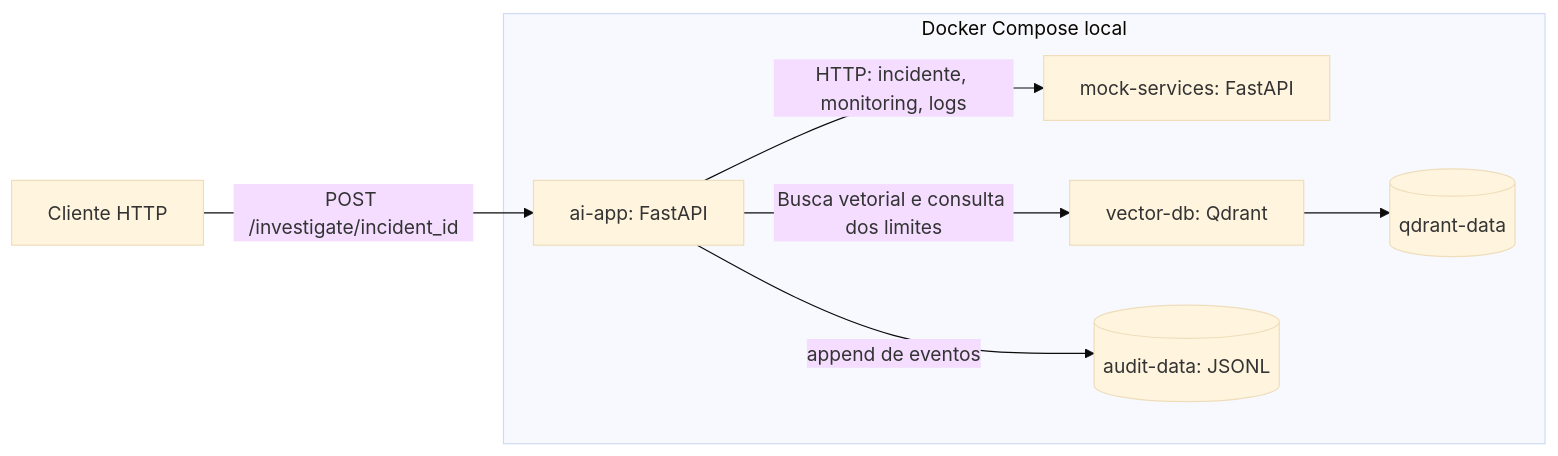
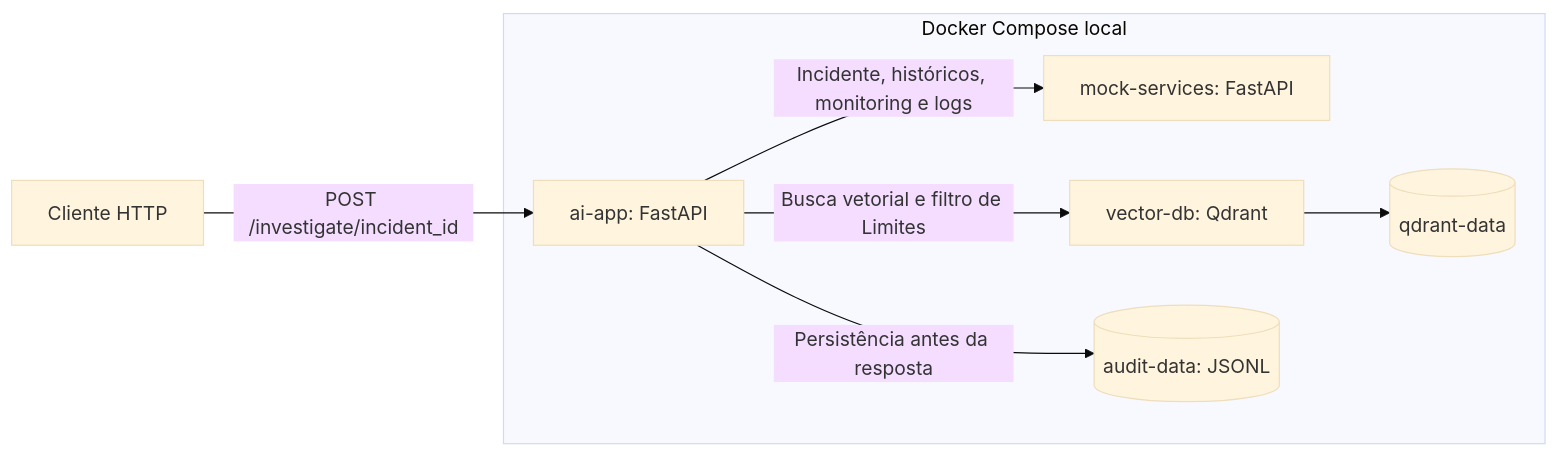
One commit to renatodanielbrito77/ai-incident-operations-assistant changed the first of 4 diagrams in docs/architecture.md. Above: the diagram before and after it, drawn with Mermaid (base theme). The commit also changed other lines of this file and 1 other file, not shown here.

````diff
--- a/docs/architecture.md
+++ b/docs/architecture.md
@@ -17,15 +14,15 @@
 ```mermaid
 flowchart LR
     User[Cliente HTTP] -->|POST /investigate/incident_id| API
     subgraph Compose[Docker Compose local]
         API[ai-app: FastAPI]
         Mock[mock-services: FastAPI]
         Qdrant[vector-db: Qdrant]
         Audit[(audit-data: JSONL)]
         Vectors[(qdrant-data)]
-        API -->|HTTP: incidente, monitoring, logs| Mock
-        API -->|Busca vetorial e consulta dos limites| Qdrant
-        API -->|append de eventos| Audit
+        API -->|Incidente, históricos, monitoring e logs| Mock
+        API -->|Busca vetorial e filtro de Limites| Qdrant
+        API -->|Persistência antes da resposta| Audit
         Qdrant --> Vectors
     end
 ```
````
